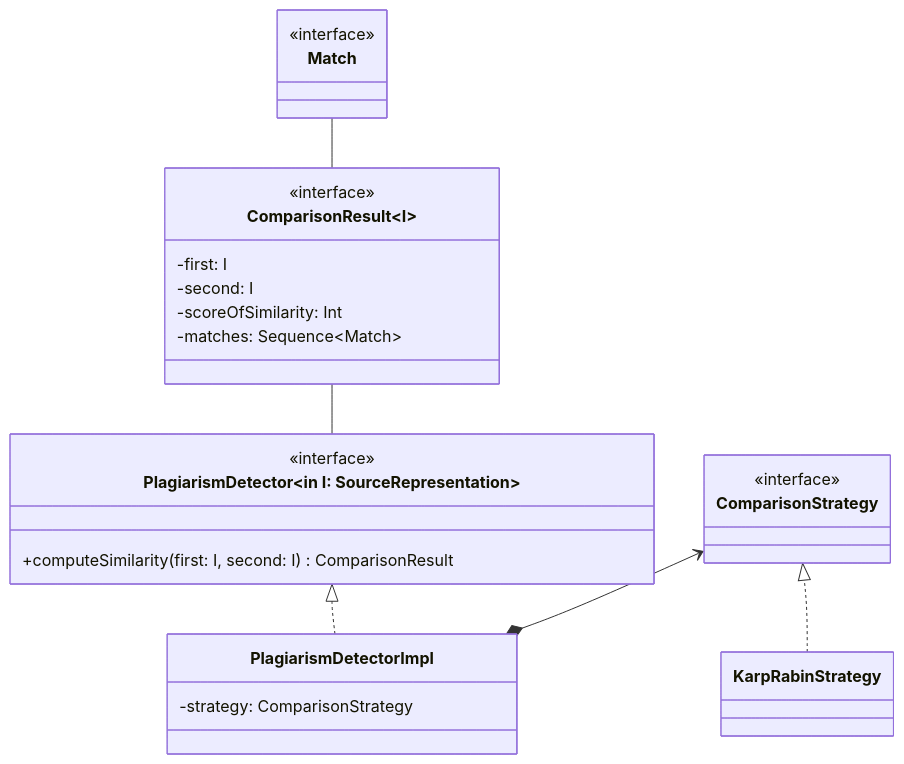
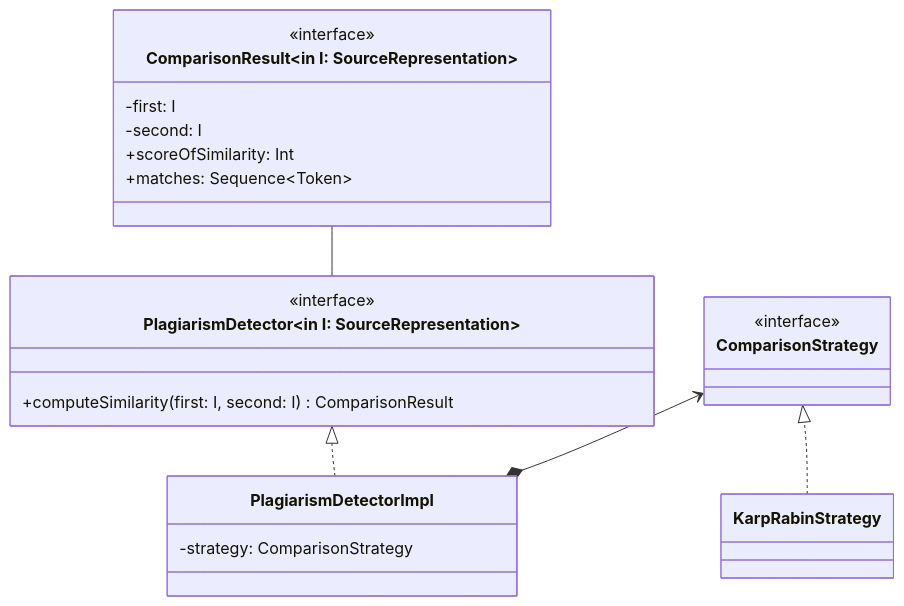
One commit to tassiLuca/code-plagiarism-detector-doc changed the tenth of 12 diagrams in doc.md. Above: the diagram before and after it, drawn with Mermaid. The commit also changed other lines of this file, not shown here.

````diff
--- a/doc.md
+++ b/doc.md
@@ -366,35 +380,30 @@
 ```mermaid 
 classDiagram
     direction BT
     class PlagiarismDetector~in I: SourceRepresentation~ {
         <<interface>>
         +computeSimilarity(first: I, second: I) ComparisonResult
     }
 
-    class ComparisonResult~I~ {
+    class ComparisonResult~in I: SourceRepresentation~ {
         <<interface>>
         -first: I
         -second: I
-        -scoreOfSimilarity: Int
-        -matches: Sequence~Match~
+        +scoreOfSimilarity: Int
+        +matches: Sequence~Token~
     }
     PlagiarismDetector -- ComparisonResult
-
-    class Match {
-        <<interface>>
-    }
-    ComparisonResult -- Match
 
     class PlagiarismDetectorImpl {
         -strategy: ComparisonStrategy
     }
     PlagiarismDetectorImpl ..|> PlagiarismDetector
 
     class ComparisonStrategy {
         <<interface>>
     }
     PlagiarismDetectorImpl *--> ComparisonStrategy
 
     class KarpRabinStrategy 
     KarpRabinStrategy ..|> ComparisonStrategy
 ```
````
